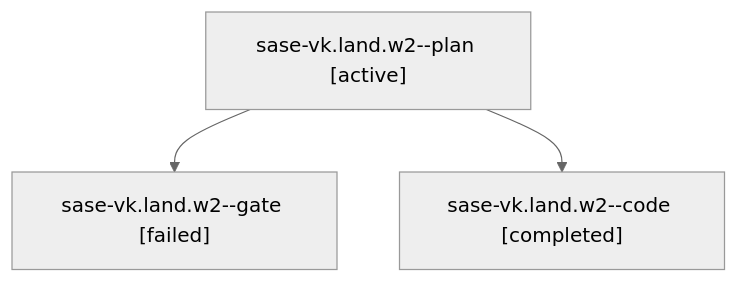
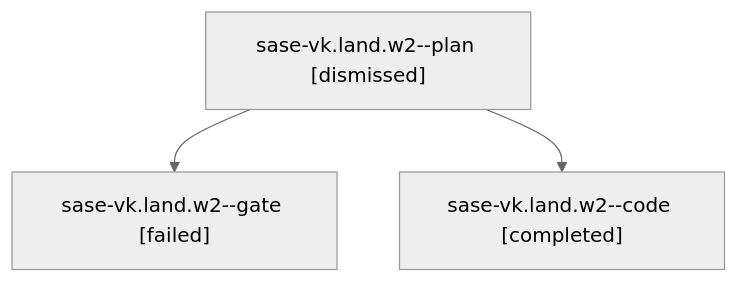
The diagram in sessions/bbugyi200.athena.sase-vk.land.w2.md (sase-org/sase--agents), drawn with Mermaid (neutral theme) before and after one commit. The commit also changed other lines of this file and 79 other files, not shown here.

````diff
--- a/sessions/bbugyi200.athena.sase-vk.land.w2.md
+++ b/sessions/bbugyi200.athena.sase-vk.land.w2.md
@@ -9,8 +9,8 @@
 ```mermaid
 flowchart TD
-  n0["sase-vk.land.w2--plan [active]"]
+  n0["sase-vk.land.w2--plan [dismissed]"]
   n1["sase-vk.land.w2--gate [failed]"]
   n0 --> n1
   n2["sase-vk.land.w2--code [completed]"]
   n0 --> n2
 ```
````
